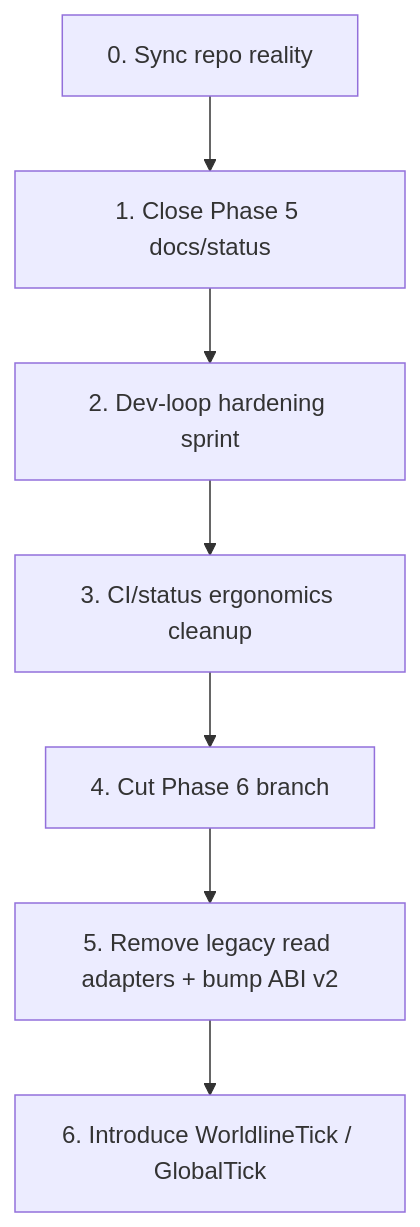
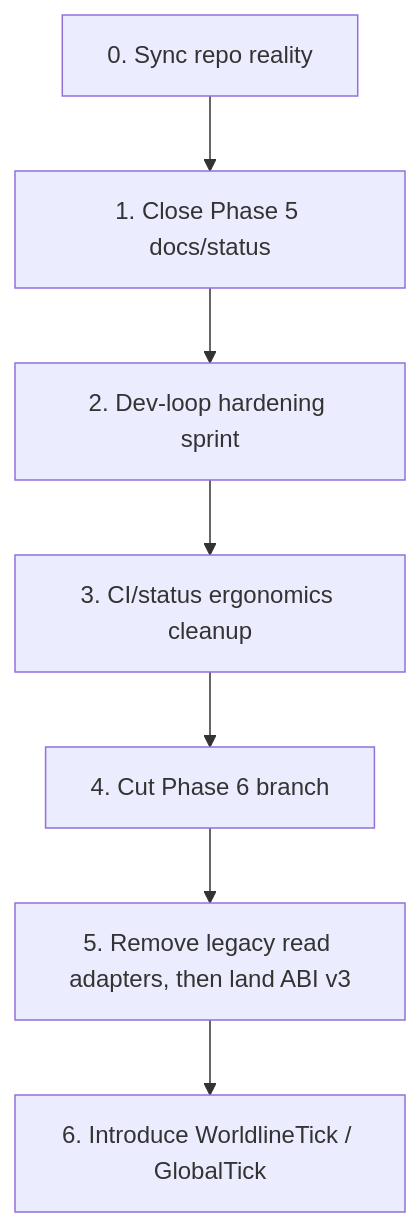
One commit to flyingrobots/echo changed the second of 2 diagrams in docs/march-16.plan.md. Above: the diagram before and after it, drawn with Mermaid. The commit also changed other lines of this file and 30 other files, not shown here.

Commit message:
feat(wasm): land abi v3 logical clock boundary

````diff
--- a/docs/march-16.plan.md
+++ b/docs/march-16.plan.md
@@ -176,9 +176,9 @@
 ```mermaid
 flowchart TB
     A["0. Sync repo reality"] --> B["1. Close Phase 5 docs/status"]
     B --> C["2. Dev-loop hardening sprint"]
     C --> D["3. CI/status ergonomics cleanup"]
     D --> E["4. Cut Phase 6 branch"]
-    E --> F["5. Remove legacy read adapters + bump ABI v2"]
+    E --> F["5. Remove legacy read adapters, then land ABI v3"]
     F --> G["6. Introduce WorldlineTick / GlobalTick"]
 ```
````
